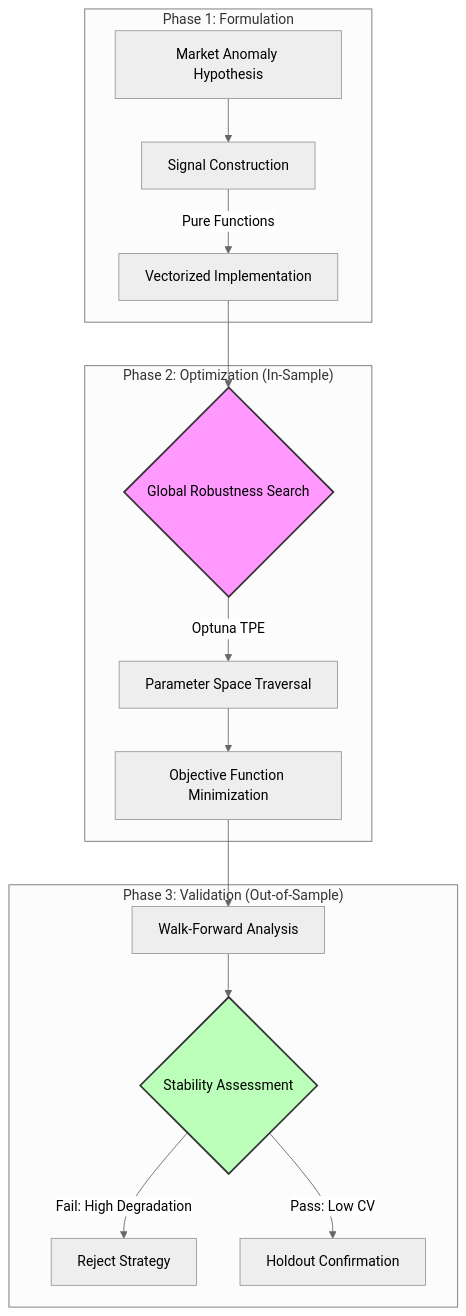
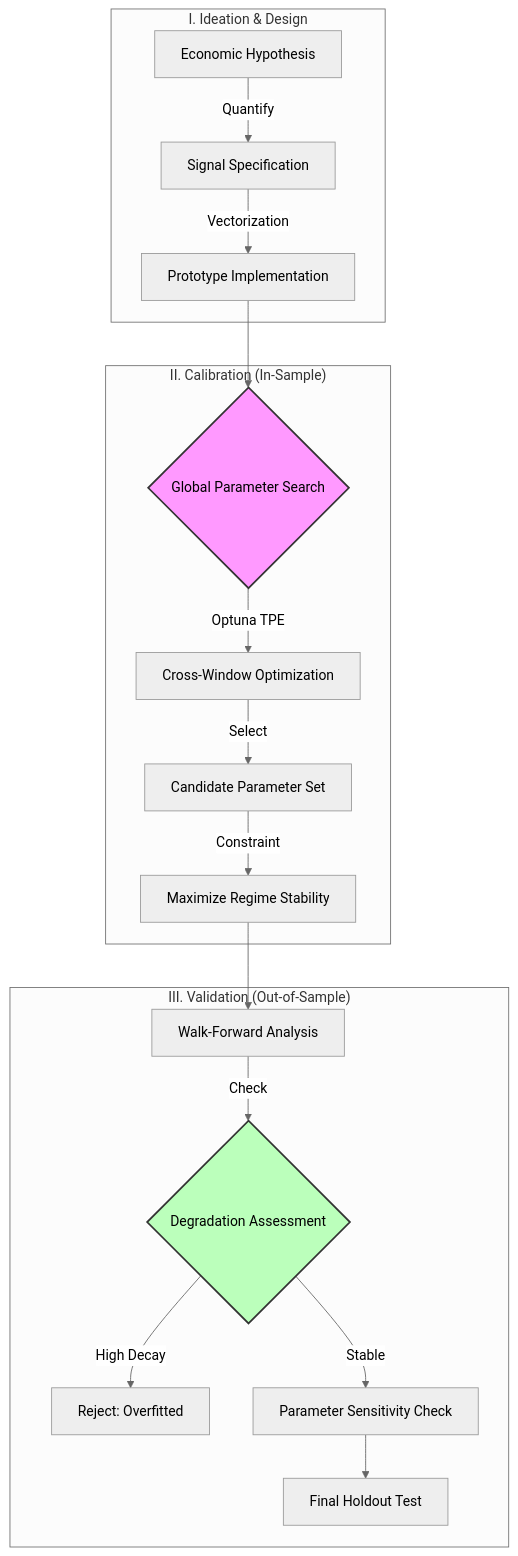
Before and after one commit to xxxxyyyy80008/xxxxyyyy80008.github.io: the diagram in docs/alpha-research/index.md, drawn with Mermaid (neutral theme). The commit also changed other lines of this file and 9 other files, not shown here.

````diff
--- a/docs/alpha-research/index.md
+++ b/docs/alpha-research/index.md
@@ -34,23 +30,25 @@
 ```mermaid
 graph TD
-    subgraph "Phase 1: Formulation"
-        A[Market Anomaly Hypothesis] --> B[Signal Construction]
-        B -->|Pure Functions| C[Vectorized Implementation]
+    subgraph "I. Ideation & Design"
+        A[Economic Hypothesis] -->|Quantify| B[Signal Specification]
+        B -->|Vectorization| C[Prototype Implementation]
     end
 
-    subgraph "Phase 2: Optimization (In-Sample)"
-        C --> D{Global Robustness Search}
-        D -->|Optuna TPE| E[Parameter Space Traversal]
-        E --> F[Objective Function Minimization]
+    subgraph "II. Calibration (In-Sample)"
+        C --> D{Global Parameter Search}
+        D -->|Optuna TPE| E[Cross-Window Optimization]
+        E -->|Select| F[Candidate Parameter Set]
+        F -->|Constraint| G[Maximize Regime Stability]
     end
 
-    subgraph "Phase 3: Validation (Out-of-Sample)"
-        F --> G[Walk-Forward Analysis]
-        G --> H{Stability Assessment}
-        H -->|Fail: High Degradation| I[Reject Strategy]
-        H -->|Pass: Low CV| J[Holdout Confirmation]
+    subgraph "III. Validation (Out-of-Sample)"
+        G --> H[Walk-Forward Analysis]
+        H -->|Check| I{Degradation Assessment}
+        I -->|High Decay| J[Reject: Overfitted]
+        I -->|Stable| K[Parameter Sensitivity Check]
+        K --> L[Final Holdout Test]
     end
 
     style D fill:#f9f,stroke:#333,stroke-width:2px
-    style H fill:#bfb,stroke:#333,stroke-width:2px
+    style I fill:#bfb,stroke:#333,stroke-width:2px
 ```
````
